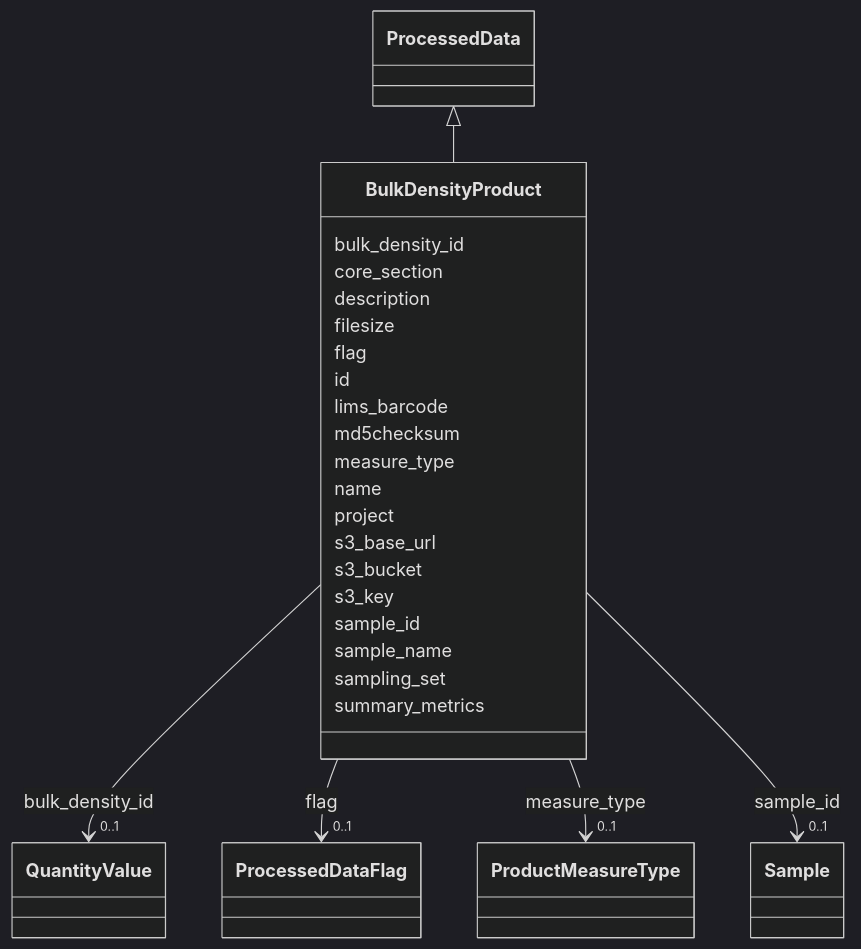
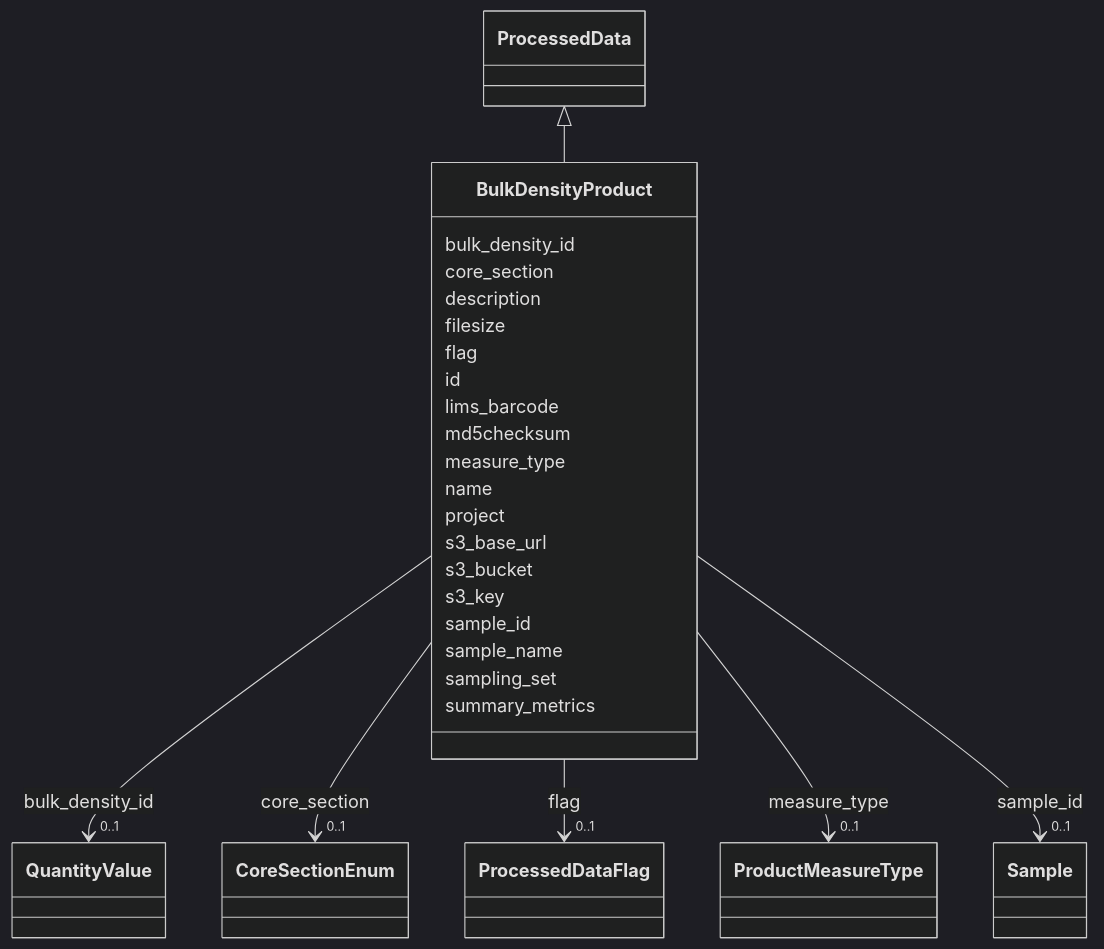
Before and after one commit to EMSL-Computing/BASALT-Schema: the diagram in docs/elements/BulkDensityProduct.md, drawn with Mermaid (dark theme). The commit also changed other lines of this file and 388 other files, not shown here.

```diff
--- a/docs/elements/BulkDensityProduct.md
+++ b/docs/elements/BulkDensityProduct.md
@@ -31,6 +31,16 @@
 
         
       BulkDensityProduct : core_section
+        
+          
+    
+    
+    
+    
+    BulkDensityProduct --> "0..1" CoreSectionEnum : core_section
+    click CoreSectionEnum href "../CoreSectionEnum"
+    
+
         
       BulkDensityProduct : description
         
```
